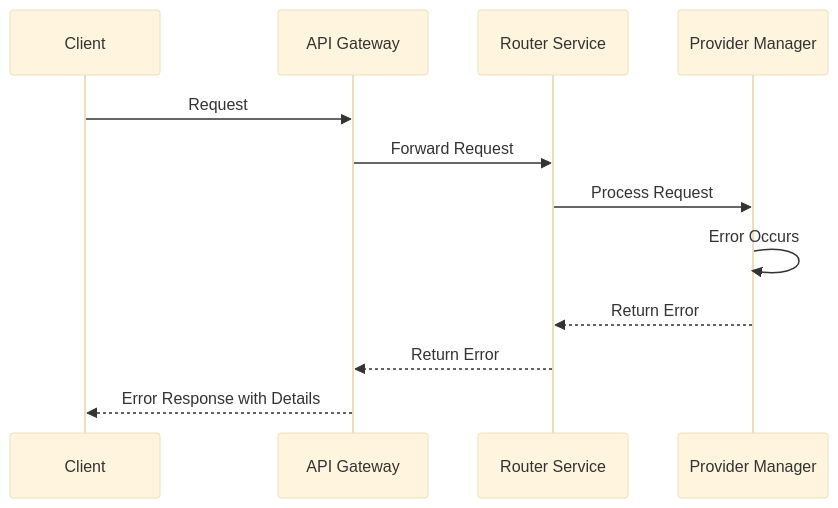
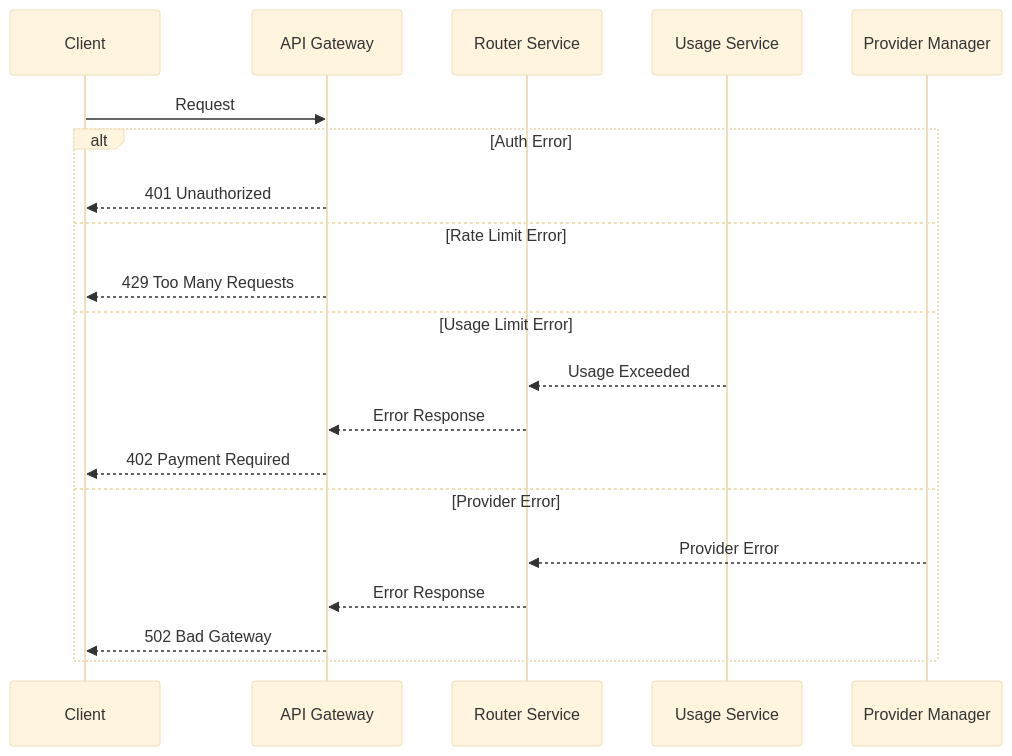
Before and after one commit to xrouter-ru/xrouter: the second of 3 diagrams in docs/architecture/data-flow.md, drawn with Mermaid (base theme). The commit also changed other lines of this file and 6 other files, not shown here.

First line of the commit message:
docs: update architecture documentation for Release 1.0

````diff
--- a/docs/architecture/data-flow.md
+++ b/docs/architecture/data-flow.md
@@ -195,15 +280,24 @@
 ```mermaid
 sequenceDiagram
     participant Client
     participant Gateway as API Gateway
     participant Router as Router Service
+    participant Usage as Usage Service
     participant Provider as Provider Manager
     
     Client->>Gateway: Request
-    Gateway->>Router: Forward Request
-    Router->>Provider: Process Request
-    Provider->>Provider: Error Occurs
-    Provider-->>Router: Return Error
-    Router-->>Gateway: Return Error
-    Gateway-->>Client: Error Response with Details
+    
+    alt Auth Error
+        Gateway-->>Client: 401 Unauthorized
+    else Rate Limit Error
+        Gateway-->>Client: 429 Too Many Requests
+    else Usage Limit Error
+        Usage-->>Router: Usage Exceeded
+        Router-->>Gateway: Error Response
+        Gateway-->>Client: 402 Payment Required
+    else Provider Error
+        Provider-->>Router: Provider Error
+        Router-->>Gateway: Error Response
+        Gateway-->>Client: 502 Bad Gateway
+    end
 ```
````
